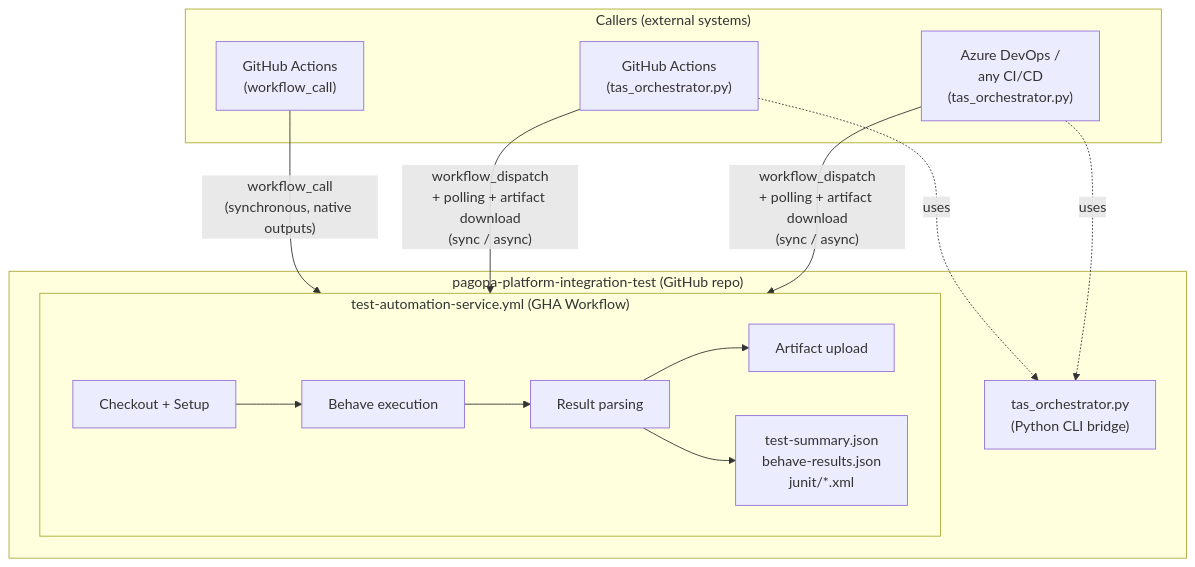
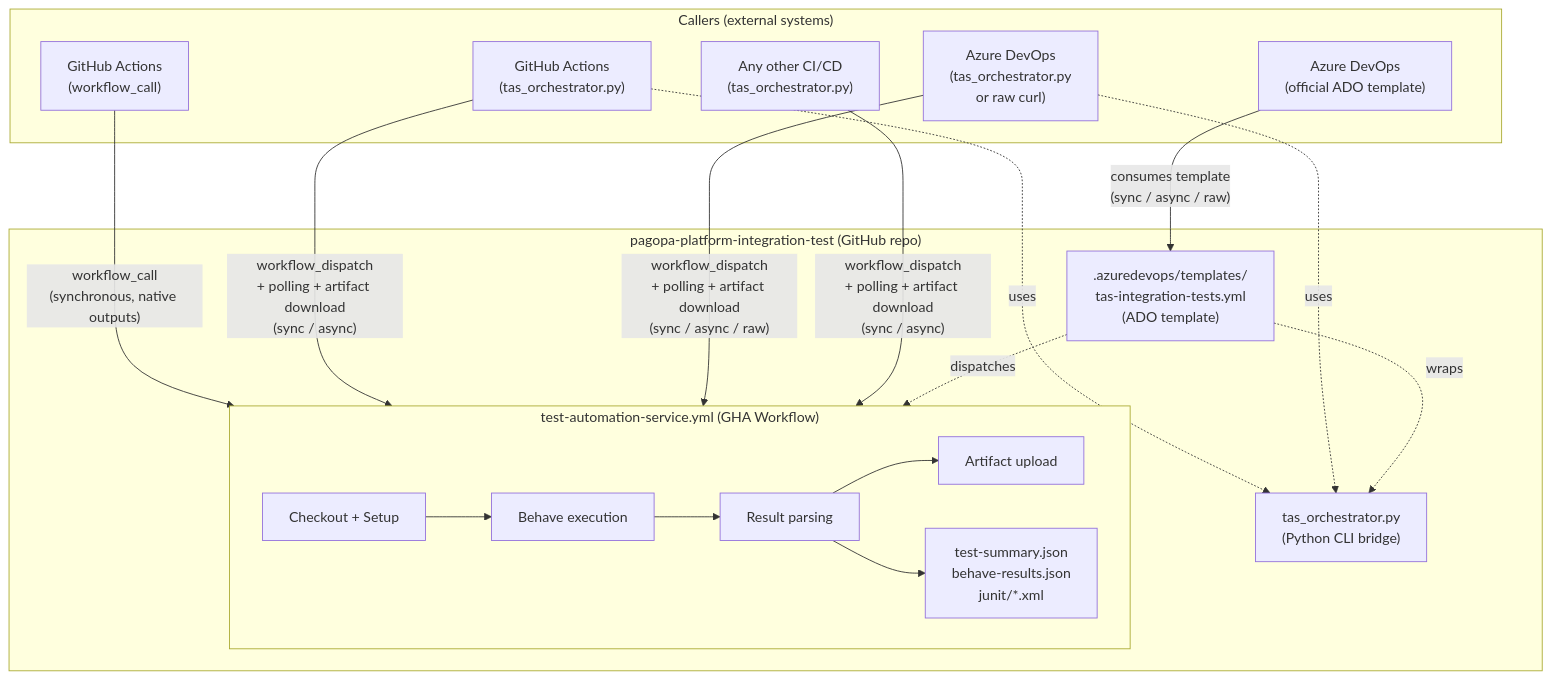
One commit to pagopa/pagopa-platform-integration-test changed the diagram in docs/tas/tas-architecture.md. Above: the diagram before and after it, drawn with Mermaid. The commit also changed other lines of this file, not shown here.

Commit message:
[PQ-456] TAS - update the architecture documentation with ADO template

````diff
--- a/docs/tas/tas-architecture.md
+++ b/docs/tas/tas-architecture.md
@@ -17,26 +17,33 @@
 ```mermaid
 flowchart TD
     subgraph CALLERS["Callers (external systems)"]
         A["GitHub Actions\n(workflow_call)"]
         B["GitHub Actions\n(tas_orchestrator.py)"]
-        C["Azure DevOps /\nany CI/CD\n(tas_orchestrator.py)"]
+        C["Azure DevOps\n(tas_orchestrator.py\nor raw curl)"]
+        D["Azure DevOps\n(official ADO template)"]
+        E["Any other CI/CD\n(tas_orchestrator.py)"]
     end
 
     subgraph TAS["pagopa-platform-integration-test (GitHub repo)"]
         subgraph WORKFLOW["test-automation-service.yml (GHA Workflow)"]
             W1["Checkout + Setup"]
             W2["Behave execution"]
             W3["Result parsing"]
             W4["Artifact upload"]
             W1 --> W2 --> W3 --> W4
             W3 --> RESULTS["test-summary.json\nbehave-results.json\njunit/*.xml"]
         end
         SCRIPT["tas_orchestrator.py\n(Python CLI bridge)"]
+        TEMPLATE[".azuredevops/templates/\ntas-integration-tests.yml\n(ADO template)"]
     end
 
     A -- "workflow_call\n(synchronous, native outputs)" --> WORKFLOW
     B -- "workflow_dispatch\n+ polling + artifact download\n(sync / async)" --> WORKFLOW
-    C -- "workflow_dispatch\n+ polling + artifact download\n(sync / async)" --> WORKFLOW
+    C -- "workflow_dispatch\n+ polling + artifact download\n(sync / async / raw)" --> WORKFLOW
+    D -- "consumes template\n(sync / async / raw)" --> TEMPLATE
+    E -- "workflow_dispatch\n+ polling + artifact download\n(sync / async)" --> WORKFLOW
     B -. uses .-> SCRIPT
     C -. uses .-> SCRIPT
+    TEMPLATE -. wraps .-> SCRIPT
+    TEMPLATE -. dispatches .-> WORKFLOW
 ```
````
